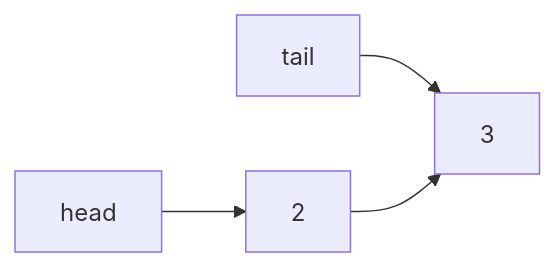
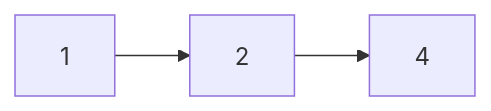
Before and after one commit to idunnoaiii/algors: the first of 2 diagrams in visualize.md, drawn with Mermaid. The commit also changed other lines of this file and 16 other files, not shown here.

````diff
--- a/visualize.md
+++ b/visualize.md
@@ -1,8 +1,8 @@
-``` mermaid
+```mermaid
 
 graph LR
-    head --> 2
-    tail --> 3
-    2 --> 3
+    1 --> 2 --> 4
+
+
 
 ```
````
